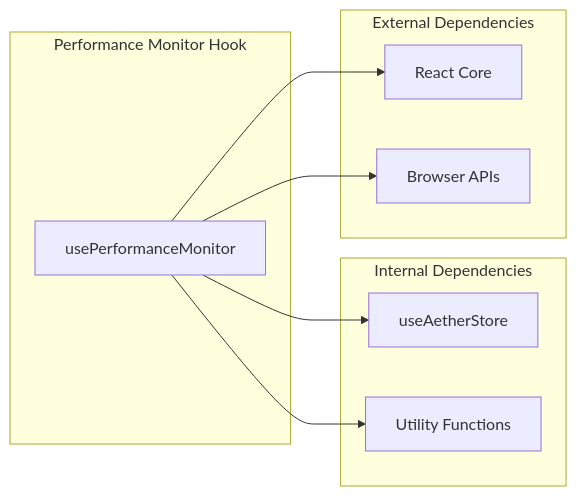
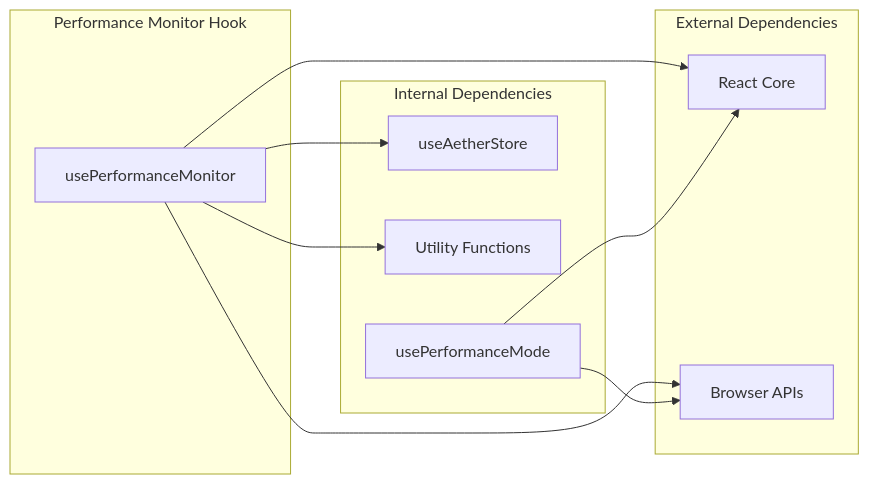
Before and after one commit to Moeabdelaziz007/Aether-Voice-OS: the sixth of 6 diagrams in .qoder/repowiki/en/content/Frontend Application/State Management and Hooks/Performance Monitor Hook.md, drawn with Mermaid. The commit also changed other lines of this file and 29 other files, not shown here.

````diff
--- a/.qoder/repowiki/en/content/Frontend Application/State Management and Hooks/Performance Monitor Hook.md
+++ b/.qoder/repowiki/en/content/Frontend Application/State Management and Hooks/Performance Monitor Hook.md
@@ -234,18 +300,21 @@
 ```mermaid
 graph LR
 subgraph "Internal Dependencies"
 Store[useAetherStore]
 Utils[Utility Functions]
+PM[usePerformanceMode]
 end
 subgraph "External Dependencies"
 React[React Core]
 Browser[Browser APIs]
 end
 subgraph "Performance Monitor Hook"
 PMH[usePerformanceMonitor]
 end
 PMH --> React
 PMH --> Browser
 PMH --> Store
 PMH --> Utils
+PM --> React
+PM --> Browser
 ```
````
